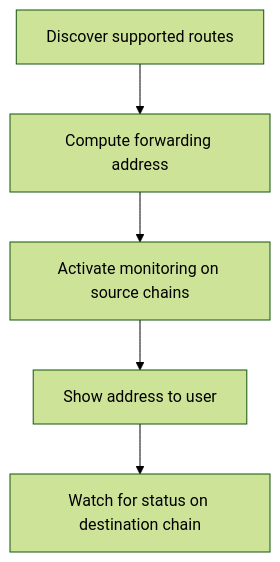
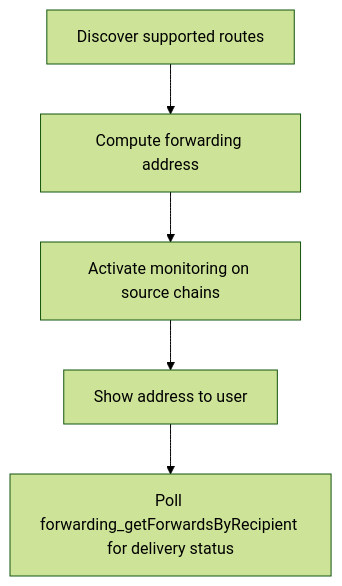
One commit to candidelabs/developer-docs changed the diagram in docs/forwarding-address/integration-guide.mdx. Above: the diagram before and after it, drawn with Mermaid (forest theme). The commit also changed other lines of this file and 1 other file, not shown here.

First line of the commit message:
docs: sync forwarding address status API with unified Forward schema (#76)

````diff
--- a/docs/forwarding-address/integration-guide.mdx
+++ b/docs/forwarding-address/integration-guide.mdx
@@ -17,7 +17,7 @@
 ```mermaid
 flowchart TD
     A[Discover supported routes] --> B[Compute forwarding address]
     B --> C[Activate monitoring on source chains]
     C --> D[Show address to user]
-    D --> E[Watch for status on destination chain]
+    D --> E[Poll forwarding_getForwardsByRecipient for delivery status]
 ```
````
